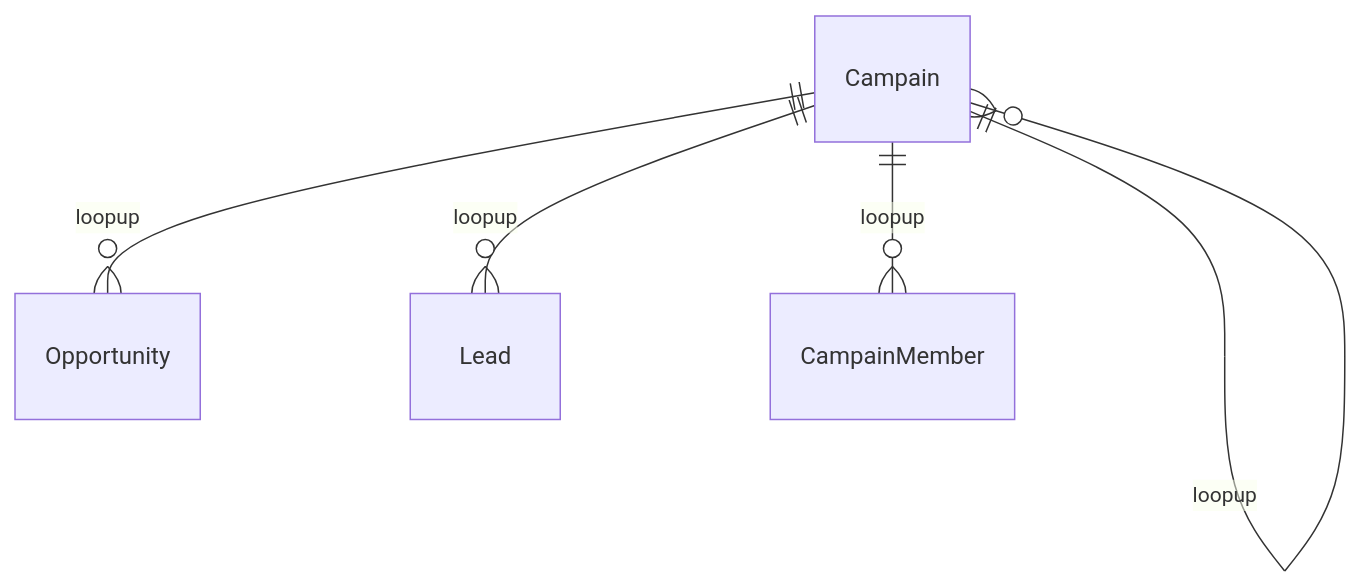
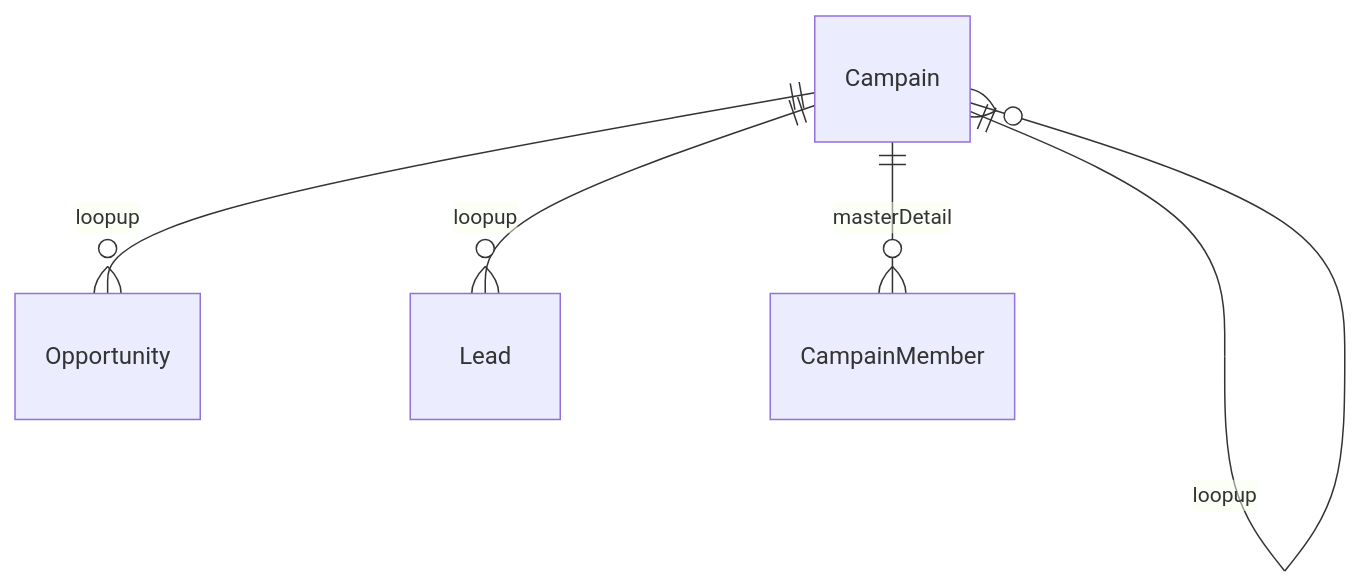
One commit to sasa-h-dev/For-Study changed the third of 4 diagrams in salesforce/Administrator1/Administrator1总结/考点/Sales AppとMarketing App 14%.md. Above: the diagram before and after it, drawn with Mermaid. The commit also changed other lines of this file and 20 other files, not shown here.

````diff
--- a/salesforce/Administrator1/Administrator1总结/考点/Sales AppとMarketing App 14%.md
+++ b/salesforce/Administrator1/Administrator1总结/考点/Sales AppとMarketing App 14%.md
@@ -140,7 +141,7 @@
 ```mermaid
 erDiagram
     Campain ||--o{ Opportunity : loopup
     Campain ||--o{ Lead : loopup
     Campain ||--o{ Campain : loopup
-    Campain ||--o{ CampainMember : loopup
+    Campain ||--o{ CampainMember : masterDetail
 ```
````
